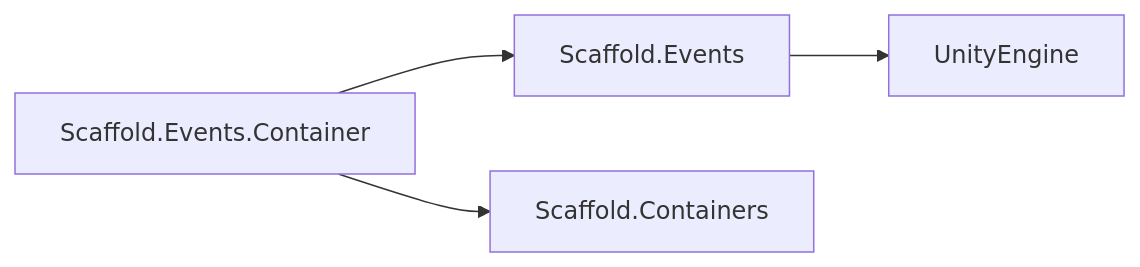
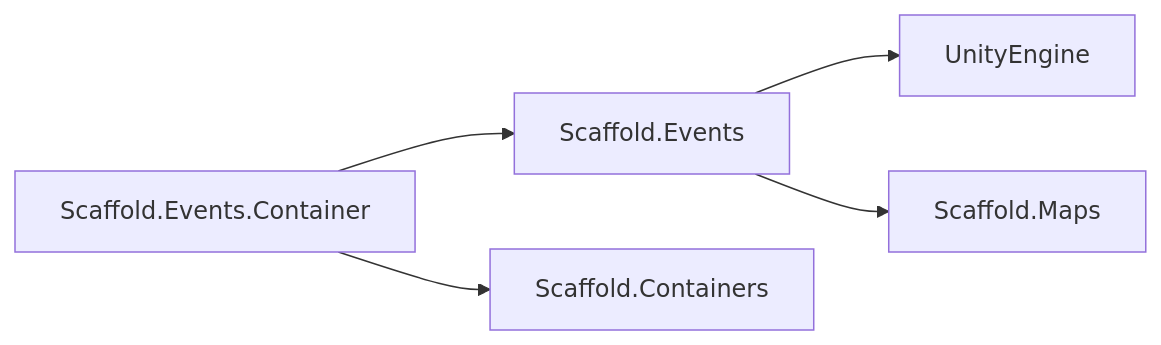
Before and after one commit to MgCohen/Scaffold: the diagram in Docs/Events.md, drawn with Mermaid. The commit also changed other lines of this file and 10 other files, not shown here.

````diff
--- a/Docs/Events.md
+++ b/Docs/Events.md
@@ -21,6 +19,7 @@
 ```mermaid
 graph LR
   EVENTS["Scaffold.Events"] --> UNITY["UnityEngine"]
+  EVENTS --> MAPS["Scaffold.Maps"]
   EVENTS_CONTAINER["Scaffold.Events.Container"] --> CONTAINERS["Scaffold.Containers"]
   EVENTS_CONTAINER --> EVENTS
 ```
````
